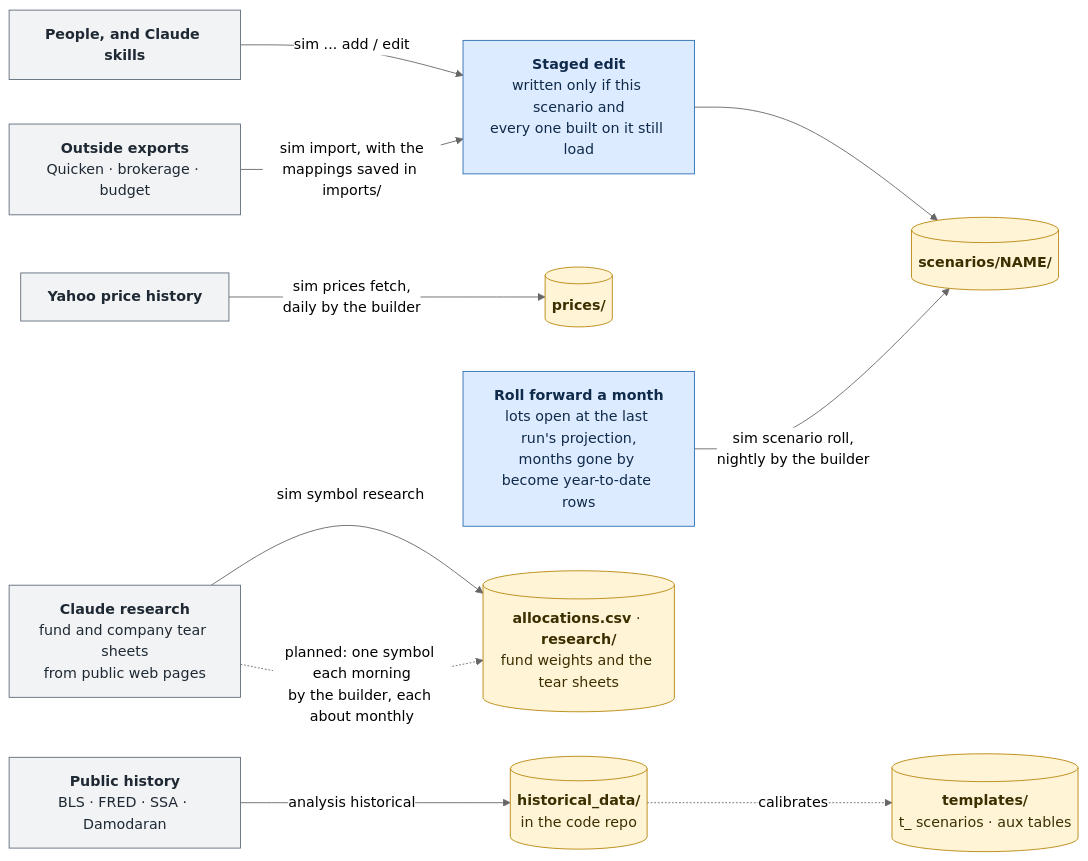
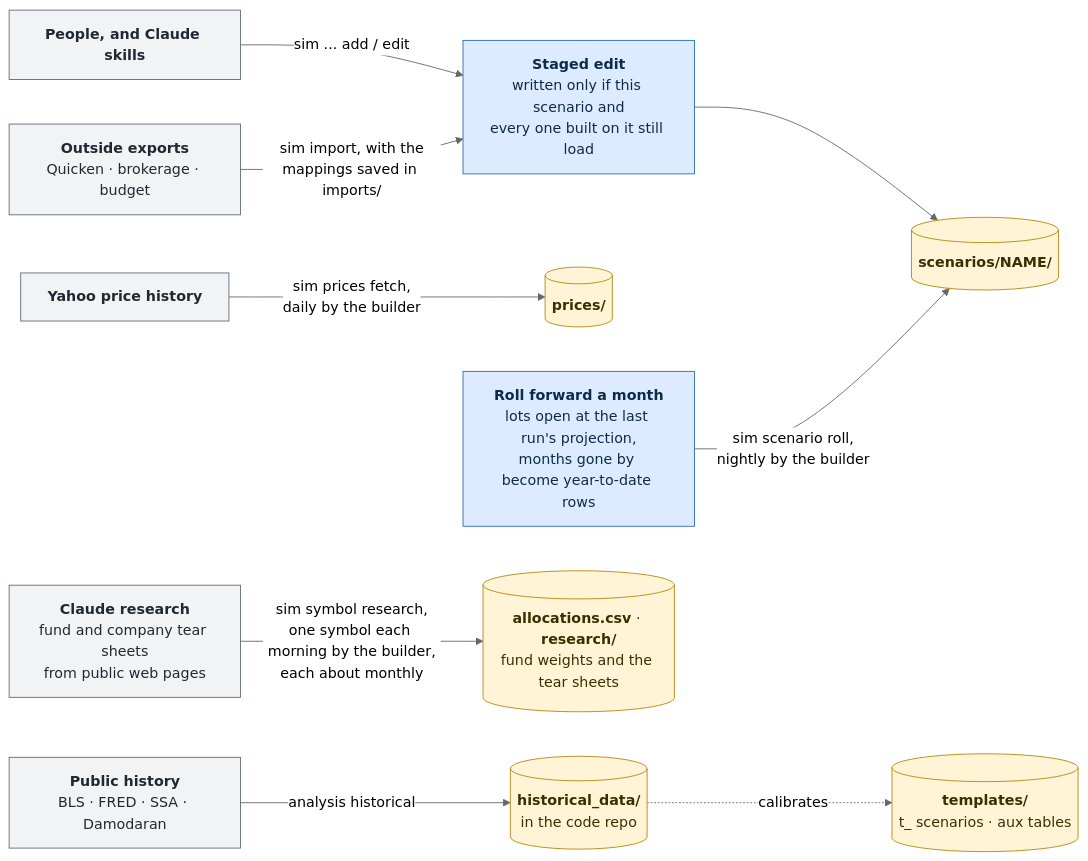
The third of 13 diagrams in docs/architecture/README.md (BobKerns/analysis), drawn with Mermaid (neutral theme) before and after one commit. The commit also changed other lines of this file and 15 other files, not shown here.

First line of the commit message:
Research a symbol a day in the builder; sim symbol research commits (#640)

````diff
--- a/docs/architecture/README.md
+++ b/docs/architecture/README.md
@@ -232,36 +230,35 @@
 ```mermaid
 flowchart LR
   people["<b>People, and Claude skills</b>"]
   exports["<b>Outside exports</b><br/>Quicken · brokerage · budget"]
   market["<b>Yahoo price history</b>"]
   public["<b>Public history</b><br/>BLS · FRED · SSA · Damodaran"]
 
   staged["<b>Staged edit</b><br/>written only if this scenario and<br/>every one built on it still load"]
   scenario_files[("<b>scenarios/NAME/</b>")]
   price_files[("<b>prices/</b>")]
   history[("<b>historical_data/</b><br/>in the code repo")]
   templates[("<b>templates/</b><br/>t_ scenarios · aux tables")]
   research["<b>Claude research</b><br/>fund and company tear sheets<br/>from public web pages"]
   allocation_files[("<b>allocations.csv</b> · <b>research/</b><br/>fund weights and the tear sheets")]
   roll["<b>Roll forward a month</b><br/>lots open at the last run's projection,<br/>months gone by become year-to-date rows"]
 
   people -->|"sim ... add / edit"| staged
   exports -->|"sim import, with the<br/>mappings saved in imports/"| staged
   staged --> scenario_files
   roll -->|"sim scenario roll,<br/>nightly by the builder"| scenario_files
   market -->|"sim prices fetch,<br/>daily by the builder"| price_files
-  research -->|"sim symbol research"| allocation_files
-  research -.->|"planned: one symbol each morning<br/>by the builder, each about monthly"| allocation_files
+  research -->|"sim symbol research,<br/>one symbol each morning by the builder,<br/>each about monthly"| allocation_files
   public -->|"analysis historical"| history
   history -.->|calibrates| templates
 
   class people,exports,market,public,research out
   class staged,roll proc
   class scenario_files,price_files,allocation_files,history,templates input
   classDef input fill:#FFF4D6,stroke:#B8860B,color:#3b2f00
   classDef code fill:#EDE3FF,stroke:#6B46C1,color:#2a1a55
   classDef proc fill:#DCEBFF,stroke:#2B6CB0,color:#0f2a4a
   classDef store fill:#DDF5E3,stroke:#2F855A,color:#123524
   classDef out fill:#F1F3F5,stroke:#5F6B7A,color:#1f2933
   classDef note fill:#ffffff,stroke:#9aa5b1,color:#3e4c59,stroke-dasharray:4 3
 ```
````
